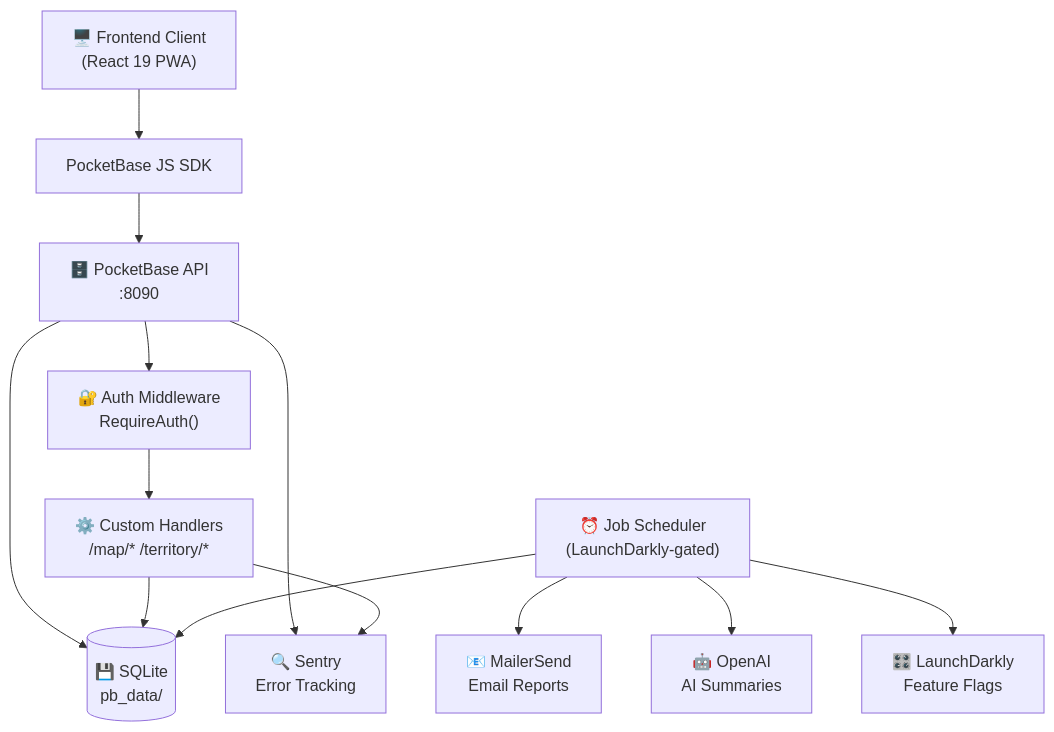
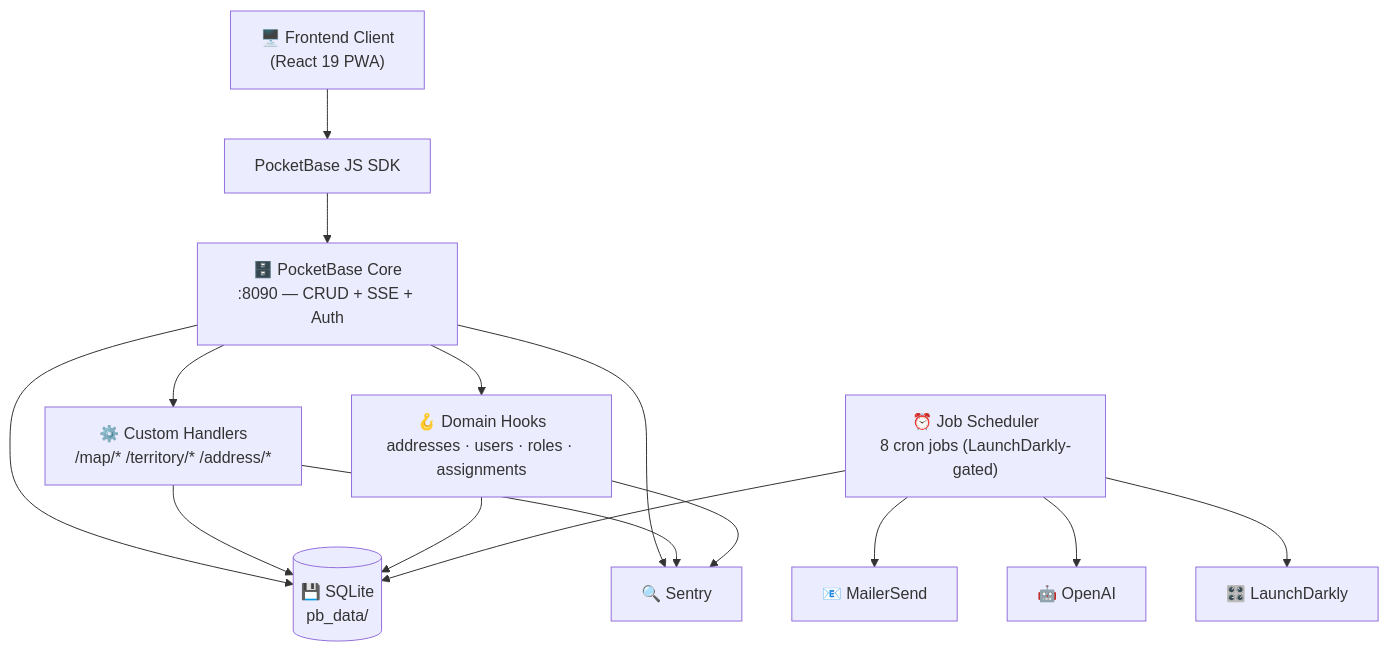
The first of 2 diagrams in readme.md (rimorin/ministry-mapper-be), drawn with Mermaid before and after one commit. The commit also changed other lines of this file and 2 other files, not shown here.

````diff
--- a/readme.md
+++ b/readme.md
@@ -77,25 +90,28 @@
 ```mermaid
 graph TD
     Client["🖥️ Frontend Client\n(React 19 PWA)"]
     SDK["PocketBase JS SDK"]
-    API["🗄️ PocketBase API\n:8090"]
-    Custom["⚙️ Custom Handlers\n/map/* /territory/*"]
-    Auth["🔐 Auth Middleware\nRequireAuth()"]
+    API["🗄️ PocketBase Core\n:8090 — CRUD + SSE + Auth"]
+    Custom["⚙️ Custom Handlers\n/map/* /territory/* /address/*"]
+    Hooks["🪝 Domain Hooks\naddresses · users · roles · assignments"]
     DB[("💾 SQLite\npb_data/")]
-    Jobs["⏰ Job Scheduler\n(LaunchDarkly-gated)"]
-    Sentry["🔍 Sentry\nError Tracking"]
-    LD["🎛️ LaunchDarkly\nFeature Flags"]
-    Email["📧 MailerSend\nEmail Reports"]
-    AI["🤖 OpenAI\nAI Summaries"]
+    Jobs["⏰ Job Scheduler\n8 cron jobs (LaunchDarkly-gated)"]
+    Sentry["🔍 Sentry"]
+    LD["🎛️ LaunchDarkly"]
+    Email["📧 MailerSend"]
+    AI["🤖 OpenAI"]
 
     Client --> SDK --> API
-    API --> Auth --> Custom
+    API --> Custom
+    API --> Hooks
     API --> DB
     Custom --> DB
+    Hooks --> DB
     Jobs --> DB
     Jobs --> Email
     Jobs --> AI
+    Jobs --> LD
     API --> Sentry
-    Jobs --> LD
     Custom --> Sentry
+    Hooks --> Sentry
 ```
````
